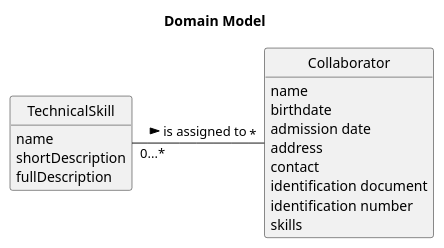
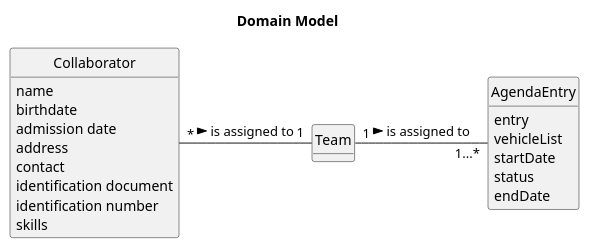
One commit to RicardoMorim/lapr2-ISEP-Project changed the diagram in docs/sprintC/us023/02.analysis/puml/004-domain-model.puml. Above: the diagram before and after it, drawn with PlantUML. The commit also changed 13 other files, not shown here.

```diff
--- a/docs/sprintC/us023/02.analysis/puml/004-domain-model.puml
+++ b/docs/sprintC/us023/02.analysis/puml/004-domain-model.puml
@@ -1,31 +1,38 @@
 @startuml
 
 'left to right direction
 
 title Domain Model
 
 hide methods
 hide circle
 
 
 
 class Collaborator {
     name
     birthdate
     admission date
     address
     contact
     identification document
     identification number
     skills
 }
 
-class TechnicalSkill {
-        name
-        shortDescription
-        fullDescription
+class Team {
+
 }
 
-TechnicalSkill "0...*" - "*" Collaborator : is assigned to >
+class AgendaEntry{
+    entry
+    vehicleList
+    startDate
+    status
+    endDate
+}
+
+Collaborator "*" - "1" Team  : is assigned to >
+Team "1" - "1...*" AgendaEntry : is assigned to >
 
 @enduml
```
